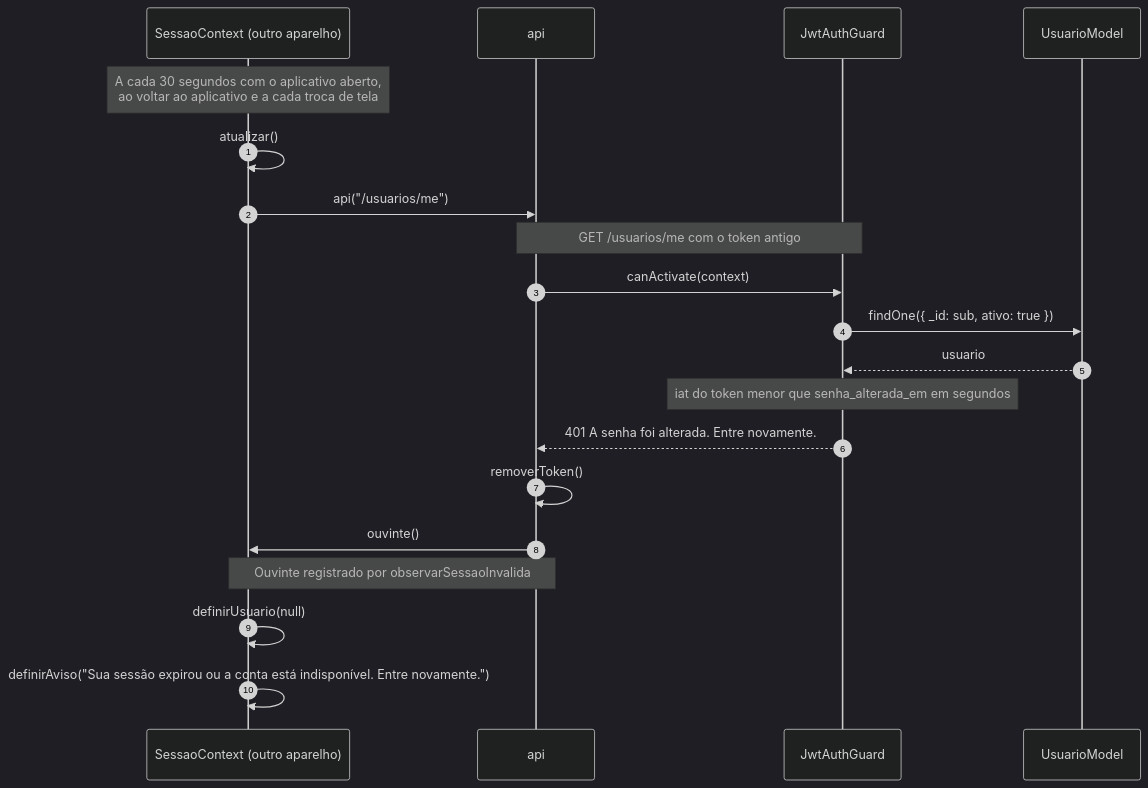
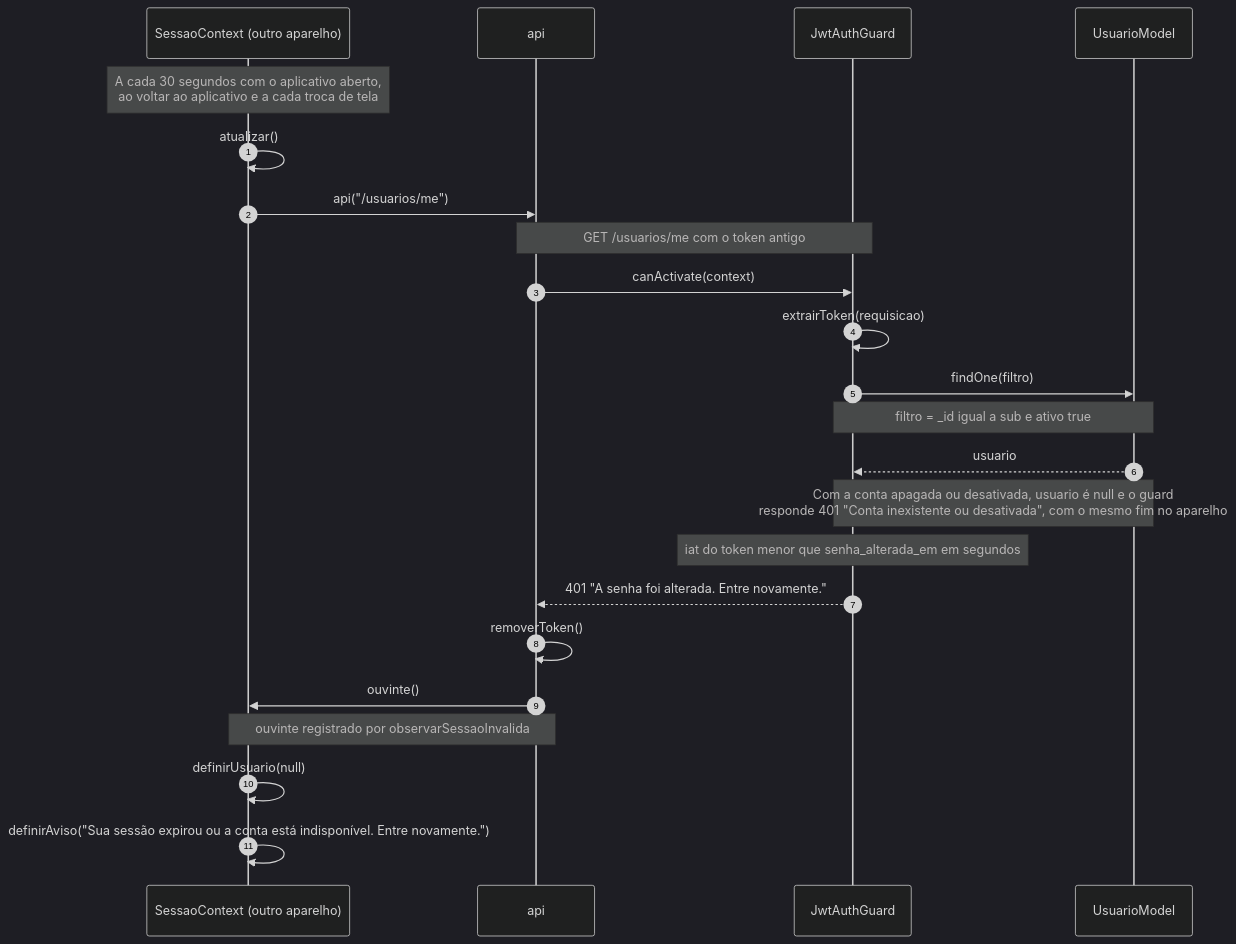
One commit to Conecta-IFSP/DOCUMENTATION changed the fourth of 7 diagrams in 2 - Incremento 1/configuracoes-usuario/6 - diagramas-sequencia-configuracoes-usuario.md. Above: the diagram before and after it, drawn with Mermaid (dark theme). The commit also changed other lines of this file and 97 other files, not shown here.

````diff
--- a/2 - Incremento 1/configuracoes-usuario/6 - diagramas-sequencia-configuracoes-usuario.md
+++ b/2 - Incremento 1/configuracoes-usuario/6 - diagramas-sequencia-configuracoes-usuario.md
@@ -205,22 +222,25 @@
 ```mermaid
 sequenceDiagram
     autonumber
     participant SC as SessaoContext (outro aparelho)
     participant A as api
     participant G as JwtAuthGuard
     participant M as UsuarioModel
     Note over SC: A cada 30 segundos com o aplicativo aberto,<br/>ao voltar ao aplicativo e a cada troca de tela
     SC->>SC: atualizar()
     SC->>A: api("/usuarios/me")
     Note over A,G: GET /usuarios/me com o token antigo
     A->>G: canActivate(context)
-    G->>M: findOne({ _id: sub, ativo: true })
+    G->>G: extrairToken(requisicao)
+    G->>M: findOne(filtro)
+    Note over G,M: filtro = _id igual a sub e ativo true
     M-->>G: usuario
+    Note over G,M: Com a conta apagada ou desativada, usuario é null e o guard<br/>responde 401 "Conta inexistente ou desativada", com o mesmo fim no aparelho
     Note over G: iat do token menor que senha_alterada_em em segundos
-    G-->>A: 401 A senha foi alterada. Entre novamente.
+    G-->>A: 401 "A senha foi alterada. Entre novamente."
     A->>A: removerToken()
     A->>SC: ouvinte()
-    Note over A,SC: Ouvinte registrado por observarSessaoInvalida
+    Note over A,SC: ouvinte registrado por observarSessaoInvalida
     SC->>SC: definirUsuario(null)
     SC->>SC: definirAviso("Sua sessão expirou ou a conta está indisponível. Entre novamente.")
 ```
````
